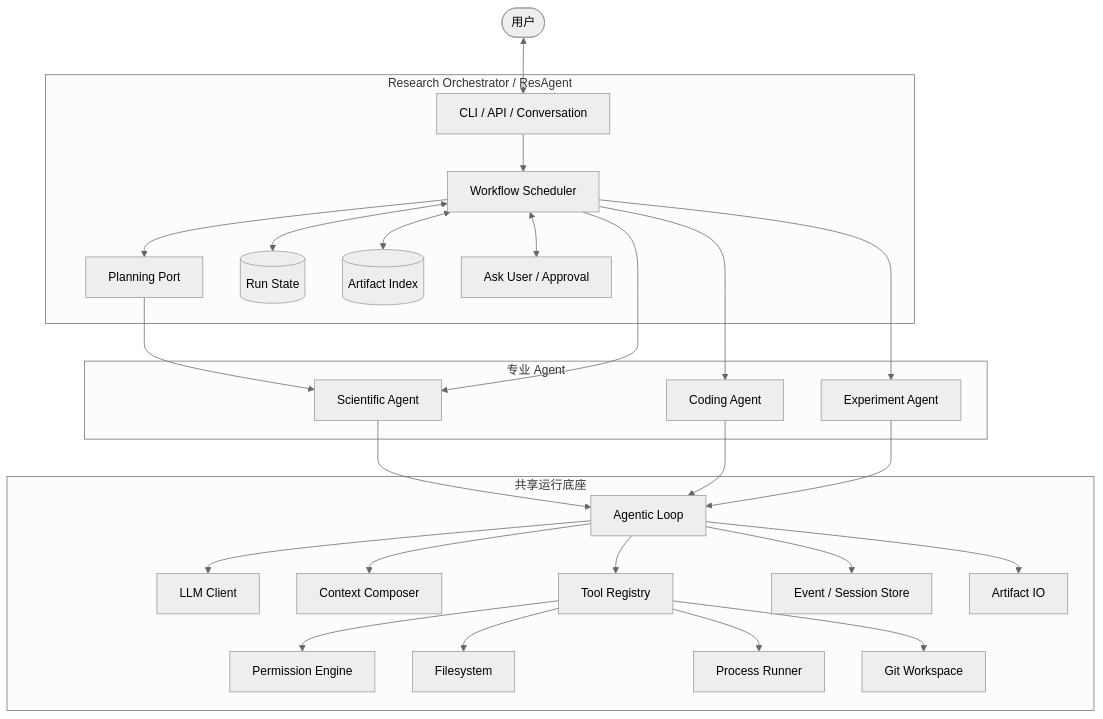
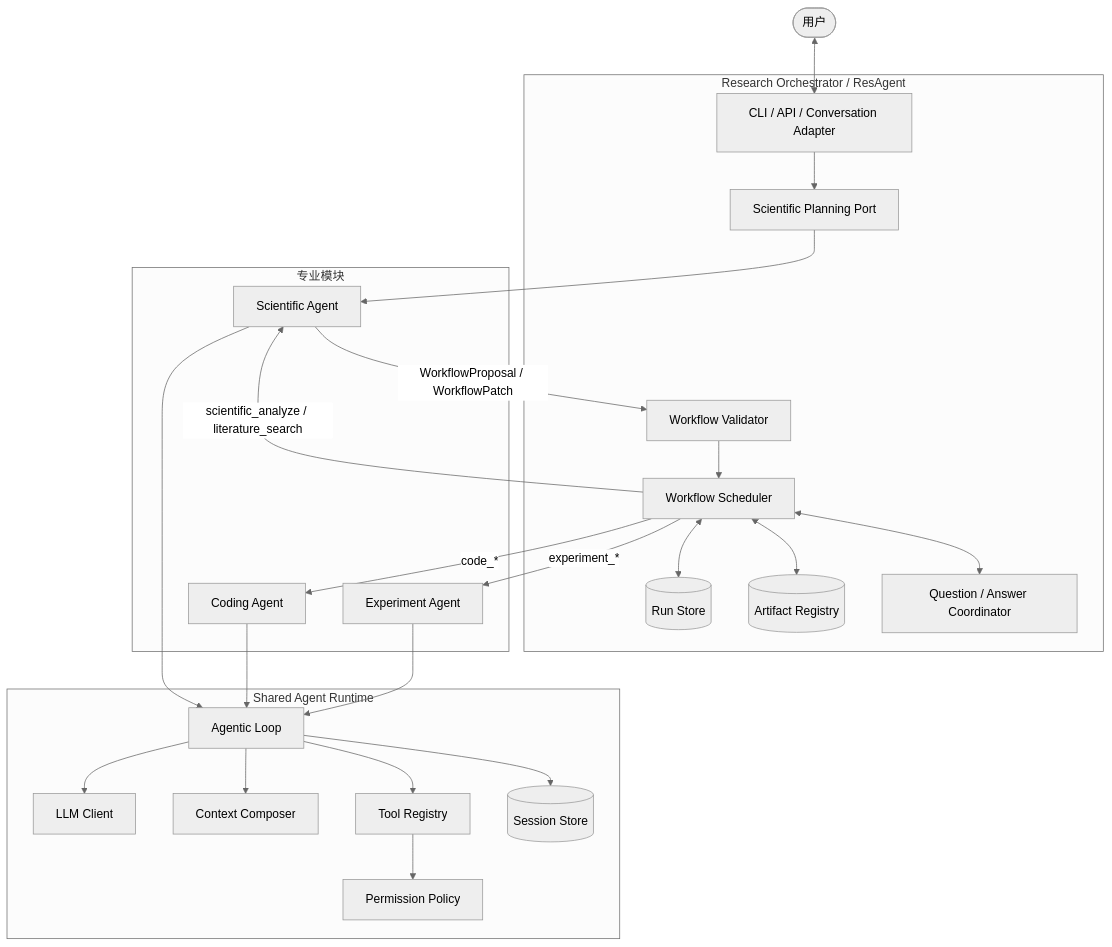
Before and after one commit to ylc123456789/ResAgent2: the first of 5 diagrams in docs/ARCHITECTURE.md, drawn with Mermaid (neutral theme). The commit also changed other lines of this file and 9 other files, not shown here.

````diff
--- a/docs/ARCHITECTURE.md
+++ b/docs/ARCHITECTURE.md
@@ -20,56 +79,50 @@
 ```mermaid
 flowchart TB
     User([用户])
 
-    subgraph Orchestrator[Research Orchestrator / ResAgent]
-        API[CLI / API / Conversation]
-        Planning[Planning Port]
-        Workflow[Workflow Scheduler]
-        RunState[(Run State)]
-        ArtifactIndex[(Artifact Index)]
-        Approval[Ask User / Approval]
+    subgraph ResAgent[Research Orchestrator / ResAgent]
+        Entry[CLI / API / Conversation Adapter]
+        Planning[Scientific Planning Port]
+        Validator[Workflow Validator]
+        Scheduler[Workflow Scheduler]
+        RunStore[(Run Store)]
+        ArtifactRegistry[(Artifact Registry)]
+        Approval[Question / Answer Coordinator]
     end
 
-    subgraph Agents[专业 Agent]
+    subgraph Modules[专业模块]
         Scientific[Scientific Agent]
         Coding[Coding Agent]
         Experiment[Experiment Agent]
     end
 
-    subgraph SharedRuntime[共享运行底座]
+    subgraph Runtime[Shared Agent Runtime]
         Loop[Agentic Loop]
         LLM[LLM Client]
         Context[Context Composer]
-        Tooling[Tool Registry]
-        Permission[Permission Engine]
-        Files[Filesystem]
-        Process[Process Runner]
-        Git[Git Workspace]
-        Events[Event / Session Store]
-        ArtifactIO[Artifact IO]
+        Tools[Tool Registry]
+        Permission[Permission Policy]
+        SessionStore[(Session Store)]
     end
 
-    User <--> API
-    API --> Workflow
-    Workflow <--> RunState
-    Workflow <--> ArtifactIndex
-    Workflow --> Planning
+    User <--> Entry
+    Entry --> Planning
     Planning --> Scientific
-    Workflow --> Scientific
-    Workflow --> Coding
-    Workflow --> Experiment
-    Workflow <--> Approval
+    Scientific -->|WorkflowProposal / WorkflowPatch| Validator
+    Validator --> Scheduler
+    Scheduler <--> RunStore
+    Scheduler <--> ArtifactRegistry
+    Scheduler <--> Approval
+    Scheduler -->|scientific_analyze / literature_search| Scientific
+    Scheduler -->|code_*| Coding
+    Scheduler -->|experiment_*| Experiment
 
     Scientific --> Loop
     Coding --> Loop
     Experiment --> Loop
     Loop --> LLM
     Loop --> Context
-    Loop --> Tooling
-    Tooling --> Permission
-    Tooling --> Files
-    Tooling --> Process
-    Tooling --> Git
-    Loop --> Events
-    Loop --> ArtifactIO
+    Loop --> Tools
+    Tools --> Permission
+    Loop --> SessionStore
 ```
````
